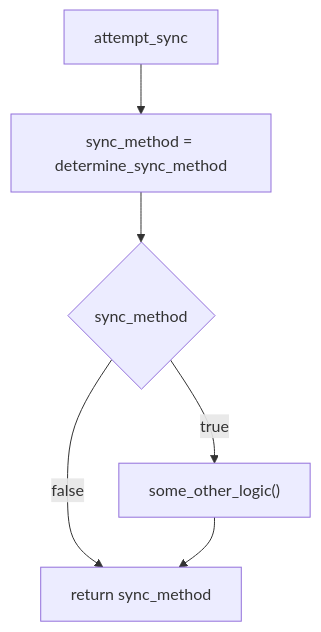
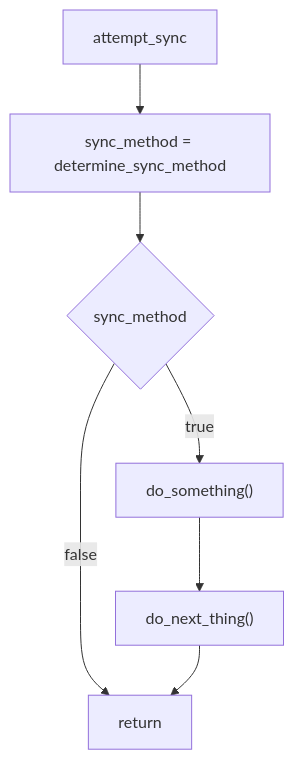
Before and after one commit to tari-project/tari: the fourth of 7 diagrams in docs/src/diagrams/index.md, drawn with Mermaid.

Commit message:
more docs

````diff
--- a/docs/src/diagrams/index.md
+++ b/docs/src/diagrams/index.md
@@ -70,8 +70,9 @@
 ```mermaid
 flowchart TD
  C[attempt_sync] --> D["sync_method = determine_sync_method"]
  D--> E{"sync_method"}
- E --"true"--> F["some_other_logic()"]
- E --"false"--> G["return sync_method"]
- F --> G
+ E --"true"--> F["do_something()"]
+ F-->F1["do_next_thing()"]
+ E --"false"--> G["return"]
+ F1 --> G
 ```
````
